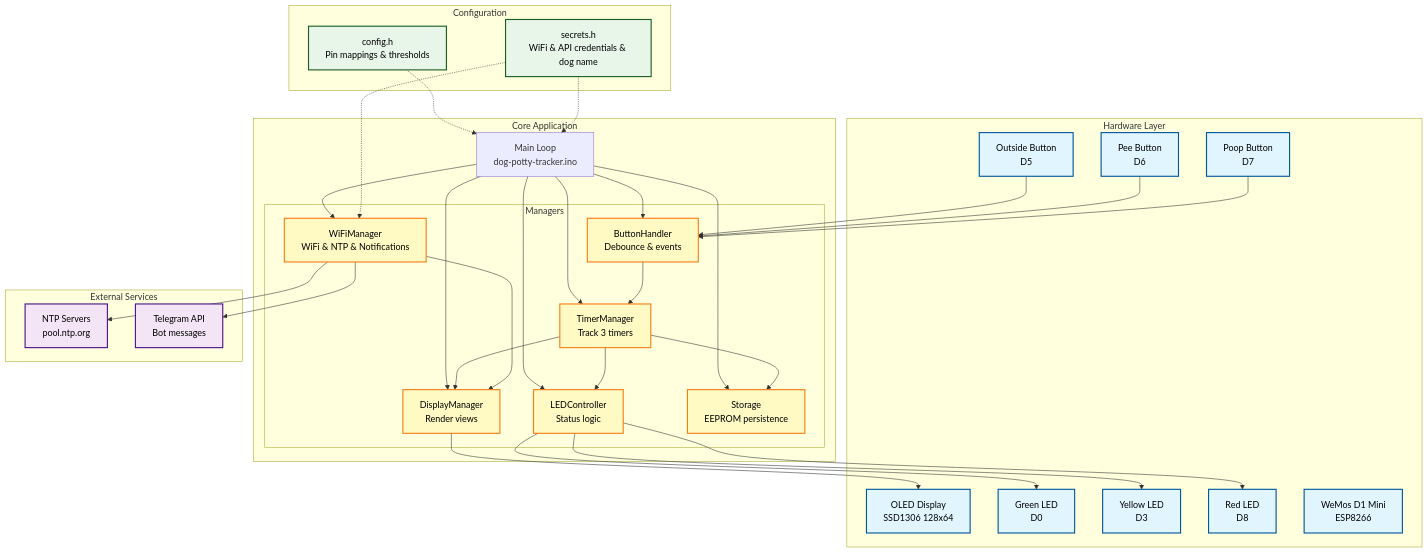
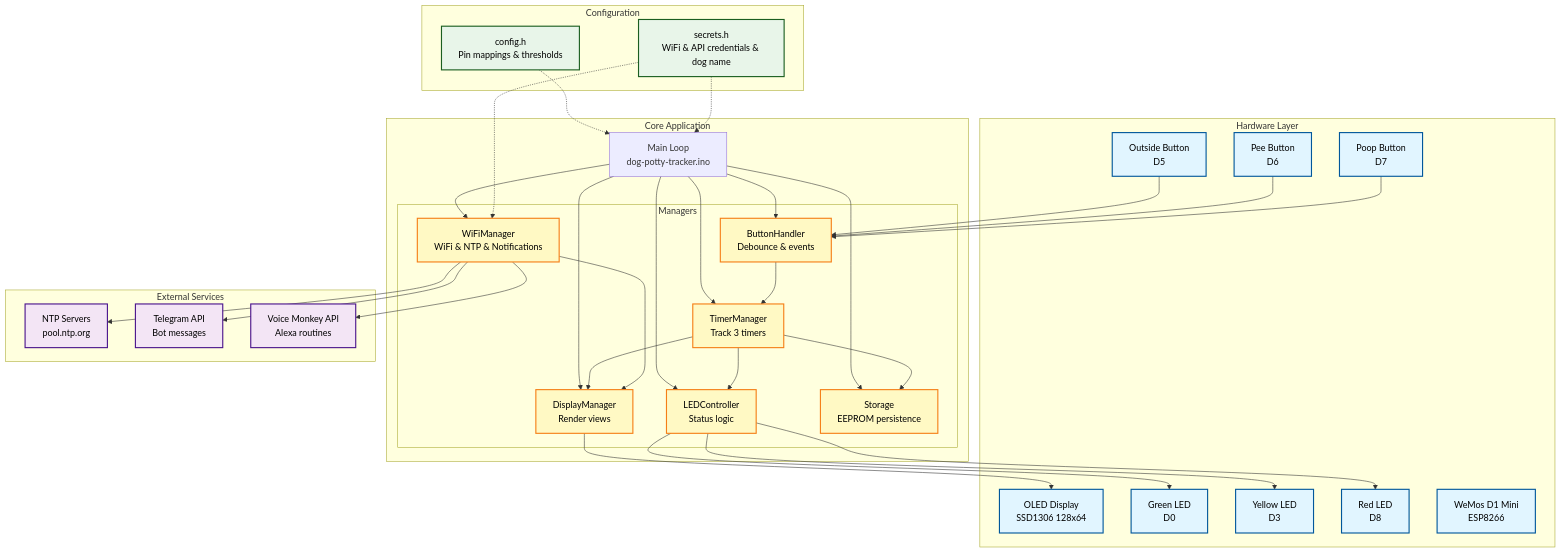
Before and after one commit to Govanator12/dog-potty-tracker: the diagram in README.md, drawn with Mermaid. The commit also changed other lines of this file and 4 other files, not shown here.

````diff
--- a/README.md
+++ b/README.md
@@ -19,78 +21,80 @@
 ```mermaid
 graph TB
     subgraph "Hardware Layer"
         OLED[OLED Display<br/>SSD1306 128x64]
         BTN1[Outside Button<br/>D5]
         BTN2[Pee Button<br/>D6]
         BTN3[Poop Button<br/>D7]
         LED1[Green LED<br/>D0]
         LED2[Yellow LED<br/>D3]
         LED3[Red LED<br/>D8]
         ESP[WeMos D1 Mini<br/>ESP8266]
     end
 
     subgraph "Core Application"
         MAIN[Main Loop<br/>dog-potty-tracker.ino]
 
         subgraph "Managers"
             TIMER[TimerManager<br/>Track 3 timers]
             DISPLAY[DisplayManager<br/>Render views]
             BUTTON[ButtonHandler<br/>Debounce & events]
             LEDCTL[LEDController<br/>Status logic]
             WIFI[WiFiManager<br/>WiFi & NTP & Notifications]
             STORAGE[Storage<br/>EEPROM persistence]
         end
     end
 
     subgraph "External Services"
         NTP[NTP Servers<br/>pool.ntp.org]
         TELEGRAM[Telegram API<br/>Bot messages]
+        VOICEMONKEY[Voice Monkey API<br/>Alexa routines]
     end
 
     subgraph "Configuration"
         CONFIG[config.h<br/>Pin mappings & thresholds]
         SECRETS[secrets.h<br/>WiFi & API credentials & dog name]
     end
 
     %% Hardware connections
     BTN1 --> BUTTON
     BTN2 --> BUTTON
     BTN3 --> BUTTON
     LEDCTL --> LED1
     LEDCTL --> LED2
     LEDCTL --> LED3
     DISPLAY --> OLED
 
     %% Main loop connections
     MAIN --> TIMER
     MAIN --> DISPLAY
     MAIN --> BUTTON
     MAIN --> LEDCTL
     MAIN --> WIFI
     MAIN --> STORAGE
 
     %% Manager interactions
     BUTTON --> TIMER
     TIMER --> DISPLAY
     TIMER --> LEDCTL
     TIMER --> STORAGE
     WIFI --> DISPLAY
     WIFI --> NTP
     WIFI --> TELEGRAM
+    WIFI --> VOICEMONKEY
 
     %% Configuration
     CONFIG -.-> MAIN
     SECRETS -.-> WIFI
     SECRETS -.-> MAIN
 
     %% Styling
     classDef hardware fill:#e1f5ff,stroke:#01579b,stroke-width:2px,color:#000
     classDef manager fill:#fff9c4,stroke:#f57f17,stroke-width:2px,color:#000
     classDef external fill:#f3e5f5,stroke:#4a148c,stroke-width:2px,color:#000
     classDef config fill:#e8f5e9,stroke:#1b5e20,stroke-width:2px,color:#000
 
     class OLED,BTN1,BTN2,BTN3,LED1,LED2,LED3,ESP hardware
     class TIMER,DISPLAY,BUTTON,LEDCTL,WIFI,STORAGE manager
-    class NTP,TELEGRAM external
+    class NTP,TELEGRAM,VOICEMONKEY external
     class CONFIG,SECRETS config
 ```
````
